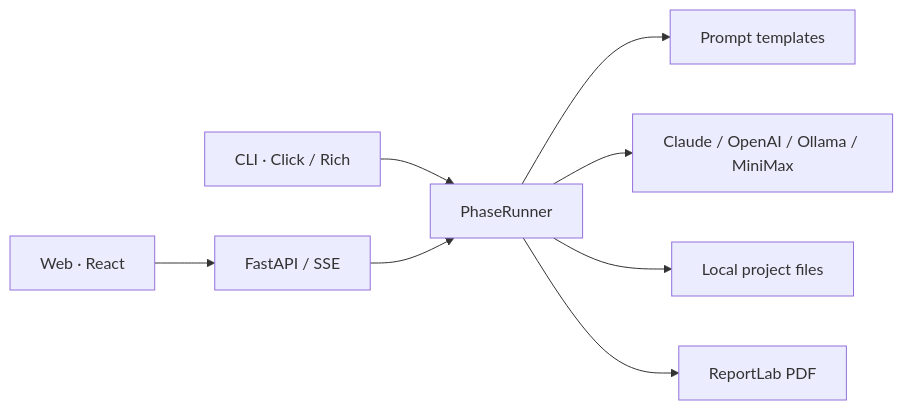
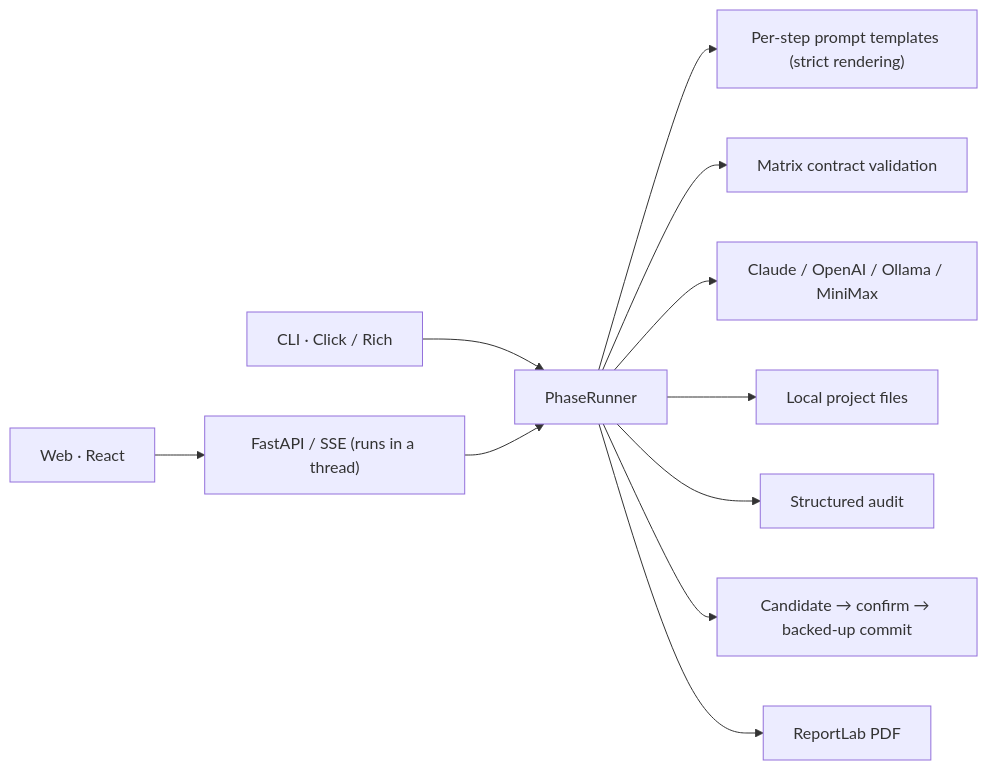
Before and after one commit to Shaojie66/murder-mystery-ai-workflow: the diagram in README_EN.md, drawn with Mermaid. The commit also changed other lines of this file and 1 other file, not shown here.

````diff
--- a/README_EN.md
+++ b/README_EN.md
@@ -166,10 +190,13 @@
 ```mermaid
 flowchart LR
     CLI["CLI · Click / Rich"] --> Runner["PhaseRunner"]
-    Web["Web · React"] --> API["FastAPI / SSE"]
+    Web["Web · React"] --> API["FastAPI / SSE (runs in a thread)"]
     API --> Runner
-    Runner --> Prompts["Prompt templates"]
+    Runner --> Prompts["Per-step prompt templates (strict rendering)"]
+    Runner --> Matrix["Matrix contract validation"]
     Runner --> LLM["Claude / OpenAI / Ollama / MiniMax"]
     Runner --> Files["Local project files"]
+    Runner --> Audit["Structured audit"]
+    Runner --> Expand["Candidate → confirm → backed-up commit"]
     Runner --> PDF["ReportLab PDF"]
 ```
````
